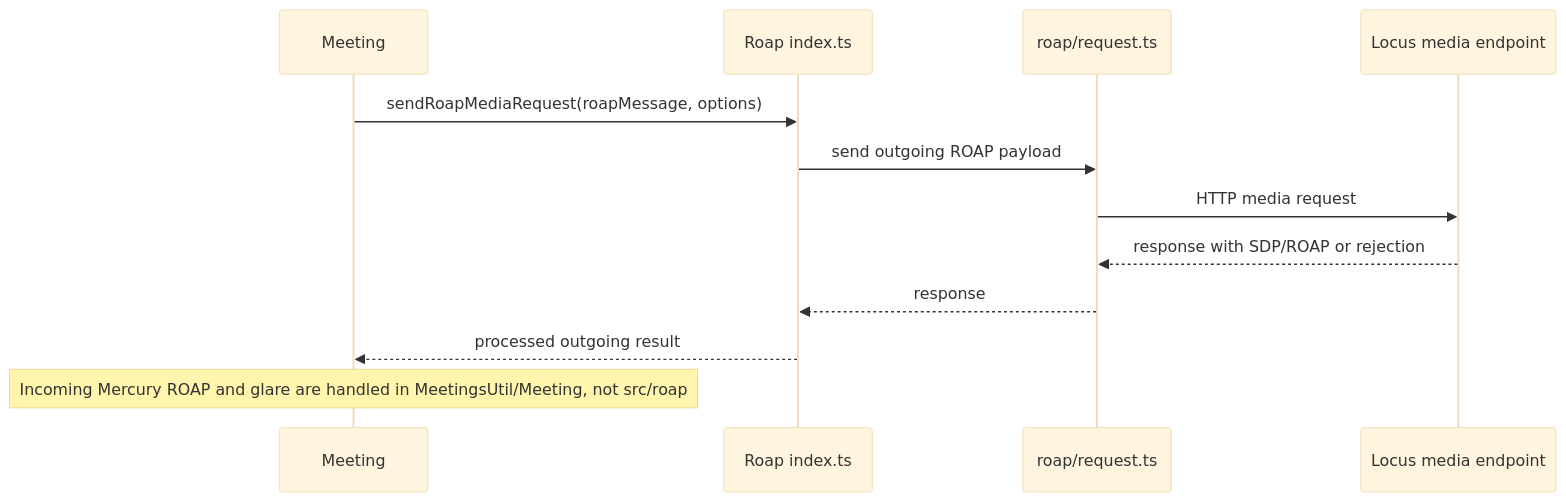
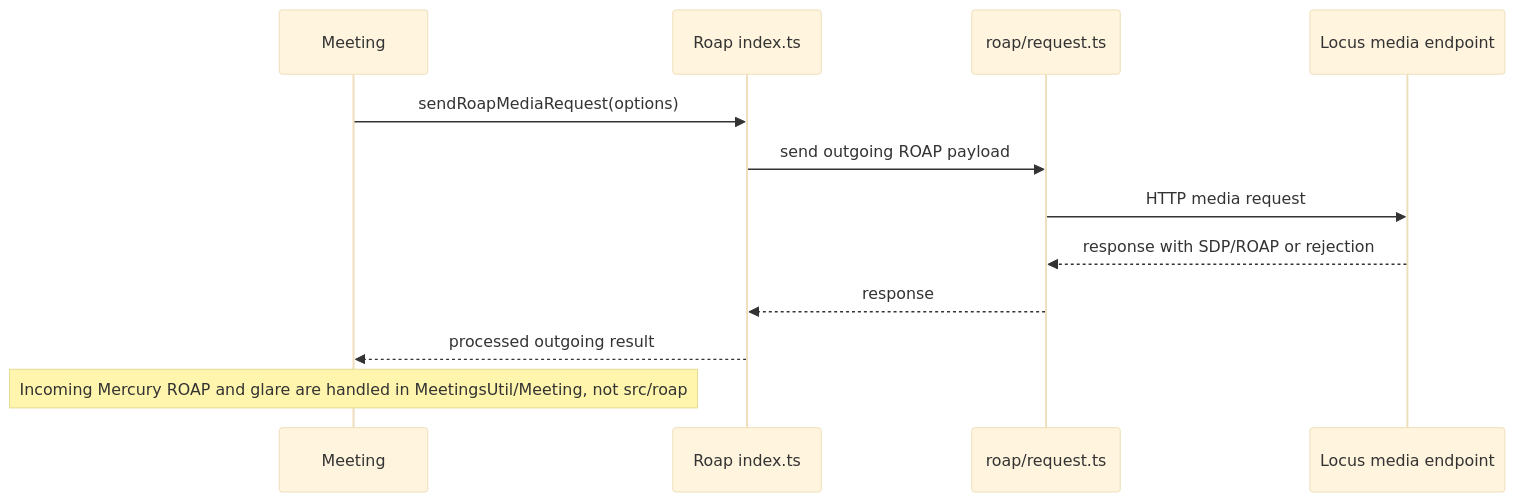
The second of 4 diagrams in packages/@webex/plugin-meetings/src/roap/ai-docs/roap-spec.md (webex/webex-js-sdk), drawn with Mermaid (base theme) before and after one commit. The commit also changed other lines of this file and 24 other files, not shown here.

````diff
--- a/packages/@webex/plugin-meetings/src/roap/ai-docs/roap-spec.md
+++ b/packages/@webex/plugin-meetings/src/roap/ai-docs/roap-spec.md
@@ -125,14 +127,14 @@
 ```mermaid
 sequenceDiagram
   participant M as Meeting
   participant R as Roap index.ts
   participant Q as roap/request.ts
   participant L as Locus media endpoint
-  M->>R: sendRoapMediaRequest(roapMessage, options)
+  M->>R: sendRoapMediaRequest(options)
   R->>Q: send outgoing ROAP payload
   Q->>L: HTTP media request
   L-->>Q: response with SDP/ROAP or rejection
   Q-->>R: response
   R-->>M: processed outgoing result
   Note over M: Incoming Mercury ROAP and glare are handled in MeetingsUtil/Meeting, not src/roap
 ```
````
